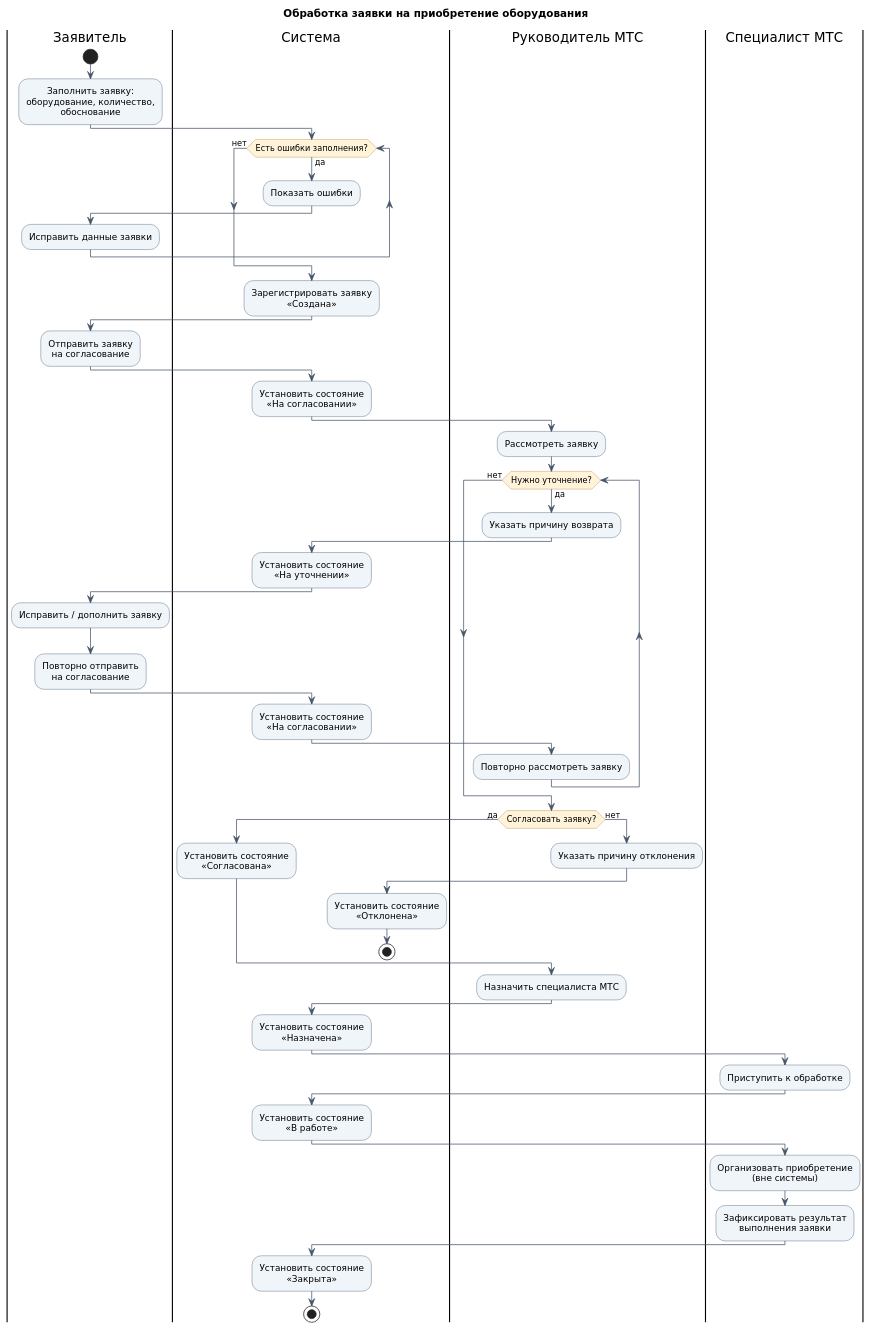
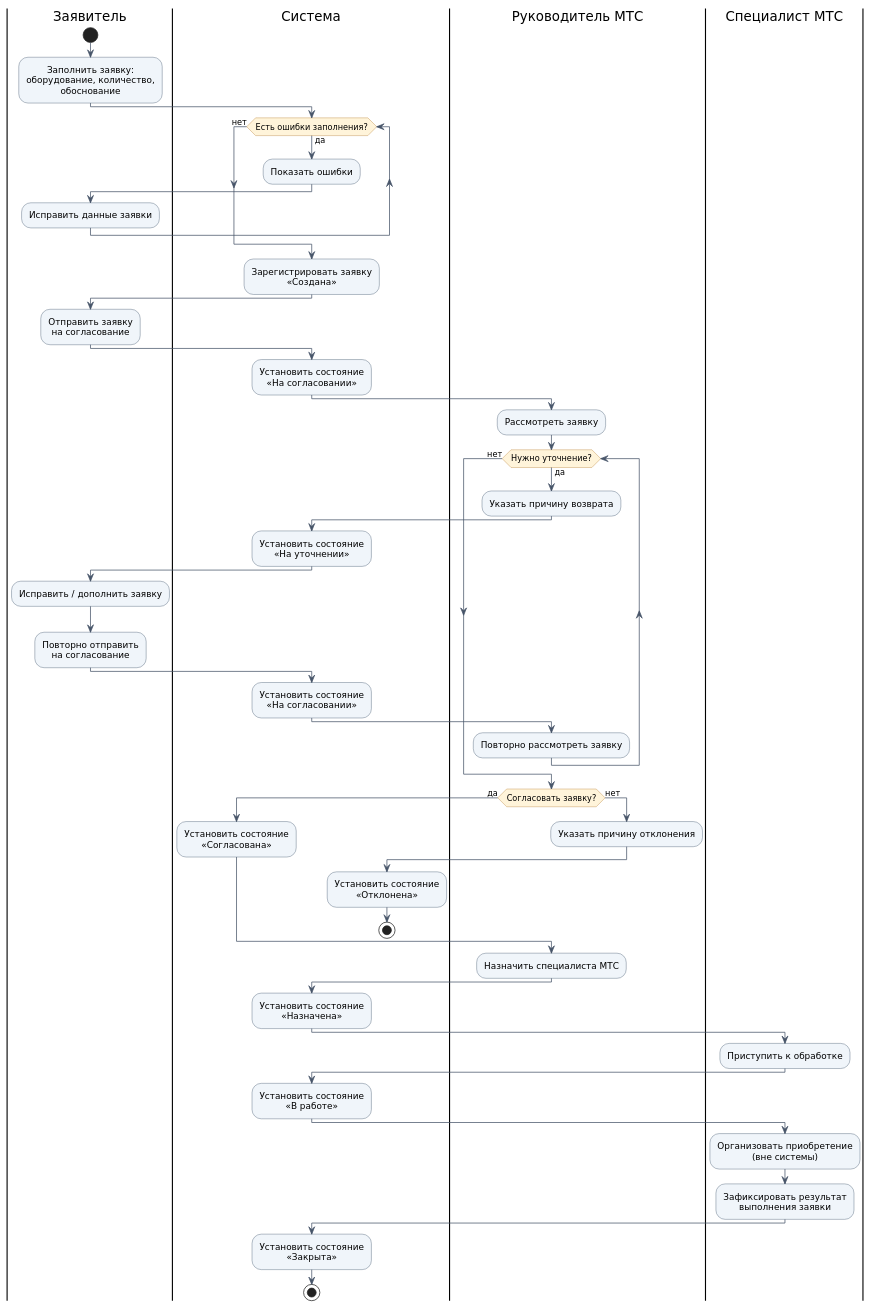
The diagram in docs/diagrams/activity/activity.puml (lgtsnck/piaps-equipment-requests), drawn with PlantUML before and after one commit. The commit also changed 10 other files, not shown here.

Commit message:
Docs — complete UML models and lab 2

```diff
--- a/docs/diagrams/activity/activity.puml
+++ b/docs/diagrams/activity/activity.puml
@@ -1,76 +1,73 @@
 @startuml
-' ПиАПС. Обработка заявки на приобретение оборудования.
-' Сквозная UML Activity-модель для единого учебного проекта.
 
-title Обработка заявки на приобретение оборудования
 skinparam backgroundColor #FFFFFF
 skinparam shadowing false
 skinparam defaultFontName "DejaVu Sans"
 skinparam defaultTextAlignment center
 skinparam activityBorderColor #364A63
 skinparam activityBackgroundColor #F0F5FA
 skinparam activityDiamondBackgroundColor #FFF4DA
 skinparam activityDiamondBorderColor #B67C2D
 skinparam ArrowColor #475569
 
 |Заявитель|
 start
 :Заполнить заявку:\nоборудование, количество,\nобоснование;
 
 |Система|
 while (Есть ошибки заполнения?) is (да)
   :Показать ошибки;
   |Заявитель|
   :Исправить данные заявки;
   |Система|
 endwhile (нет)
 :Зарегистрировать заявку\n«Создана»;
 
 |Заявитель|
 :Отправить заявку\nна согласование;
 |Система|
 :Установить состояние\n«На согласовании»;
 
 |Руководитель МТС|
 :Рассмотреть заявку;
 while (Нужно уточнение?) is (да)
   :Указать причину возврата;
   |Система|
   :Установить состояние\n«На уточнении»;
   |Заявитель|
   :Исправить / дополнить заявку;
   :Повторно отправить\nна согласование;
   |Система|
   :Установить состояние\n«На согласовании»;
   |Руководитель МТС|
   :Повторно рассмотреть заявку;
 endwhile (нет)
 
 if (Согласовать заявку?) then (да)
   |Система|
   :Установить состояние\n«Согласована»;
 else (нет)
   |Руководитель МТС|
   :Указать причину отклонения;
   |Система|
   :Установить состояние\n«Отклонена»;
   stop
 endif
 
 |Руководитель МТС|
 :Назначить специалиста МТС;
 |Система|
 :Установить состояние\n«Назначена»;
 
 |Специалист МТС|
 :Приступить к обработке;
 |Система|
 :Установить состояние\n«В работе»;
 |Специалист МТС|
 :Организовать приобретение\n(вне системы);
 :Зафиксировать результат\nвыполнения заявки;
 |Система|
 :Установить состояние\n«Закрыта»;
 stop
 
 @enduml
```
